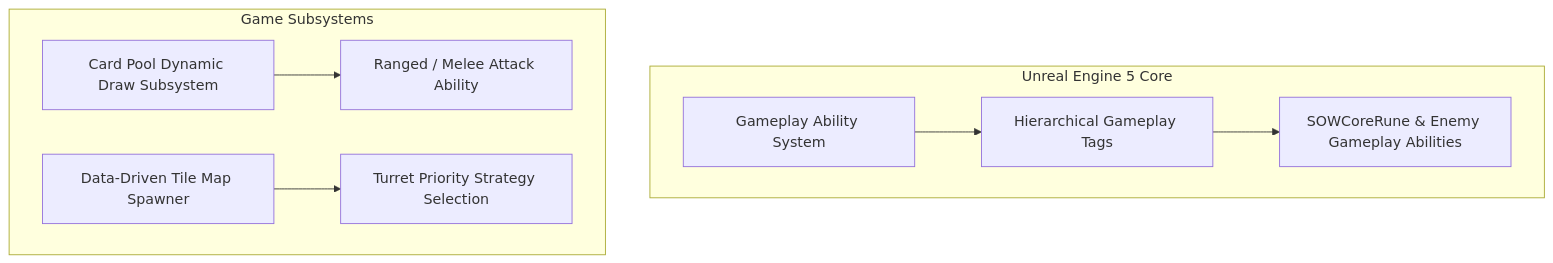
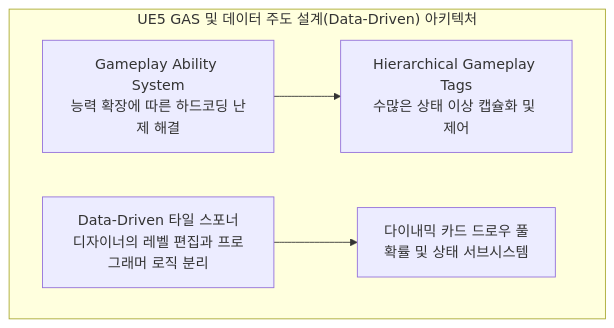
The diagram in Portfolio/SummonerOfWardens/content.md (phal5/XSBD-WebPortfolio), drawn with Mermaid before and after one commit. The commit also changed 11 other files, not shown here.

````diff
--- a/Portfolio/SummonerOfWardens/content.md
+++ b/Portfolio/SummonerOfWardens/content.md
@@ -35,11 +35,7 @@
 ```mermaid
 graph TD
-    subgraph "Unreal Engine 5 Core"
-        GAS[Gameplay Ability System] --> Tags[Hierarchical Gameplay Tags]
-        Tags --> Ability[SOWCoreRune & Enemy Gameplay Abilities]
-    end
-    subgraph "Game Subsystems"
-        Pool[Card Pool Dynamic Draw Subsystem] --> GA[Ranged / Melee Attack Ability]
-        Spawner[Data-Driven Tile Map Spawner] --> Priority[Turret Priority Strategy Selection]
+    subgraph "UE5 GAS 및 데이터 주도 설계(Data-Driven) 아키텍처"
+        GAS[Gameplay Ability System<br/>능력 확장에 따른 하드코딩 난제 해결] --> Tags[Hierarchical Gameplay Tags<br/>수많은 상태 이상 캡슐화 및 제어]
+        Data[Data-Driven 타일 스포너<br/>디자이너의 레벨 편집과 프로그래머 로직 분리] --> Pool[다이내믹 카드 드로우 풀<br/>확률 및 상태 서브시스템]
     end
 ```
````
